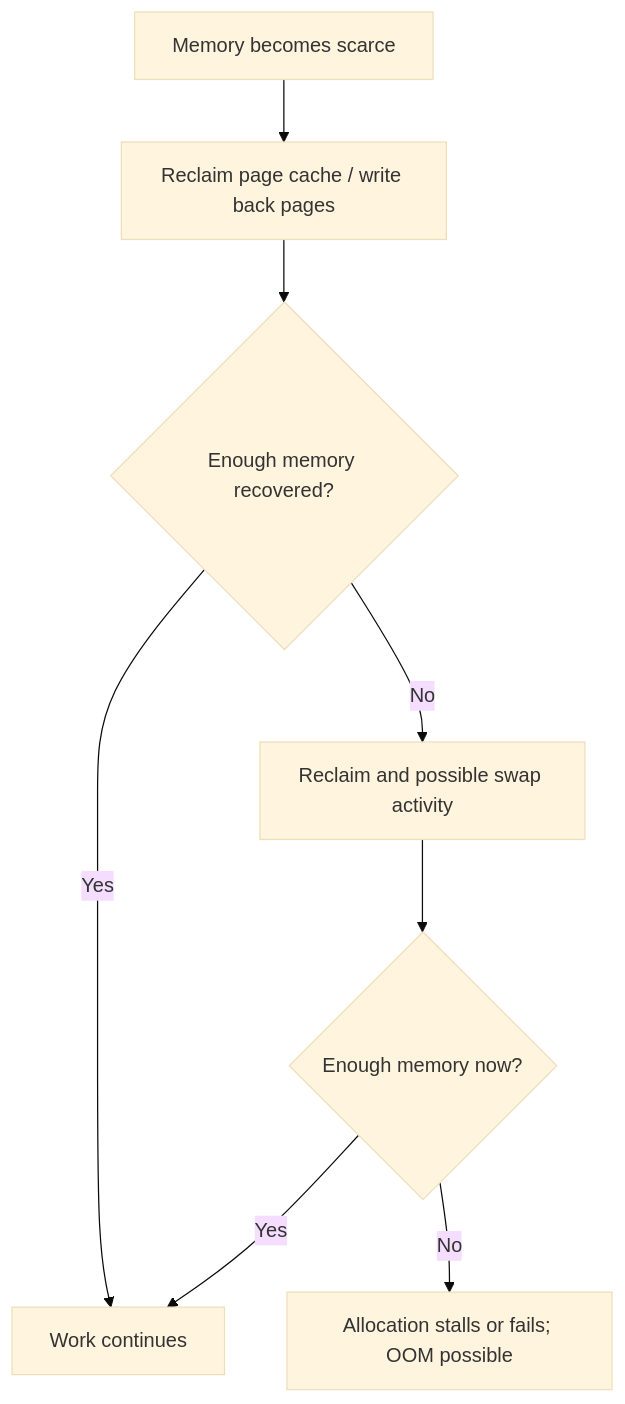
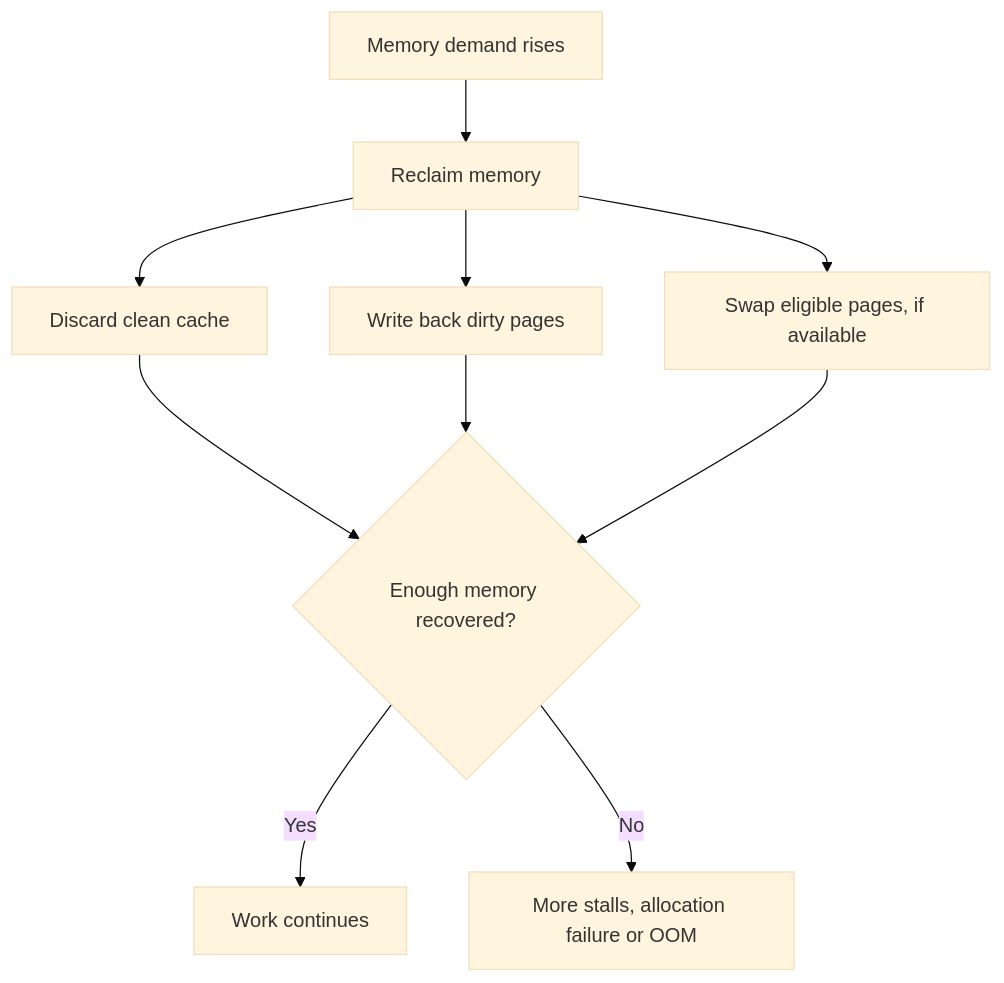
One commit to tiendu/tiendu.github.io changed the third of 9 diagrams in src/content/blog/2026-09-04-systems-troubleshooting-useful-stuff.md. Above: the diagram before and after it, drawn with Mermaid (base theme). The commit also changed other lines of this file, not shown here.

````diff
--- a/src/content/blog/2026-09-04-systems-troubleshooting-useful-stuff.md
+++ b/src/content/blog/2026-09-04-systems-troubleshooting-useful-stuff.md
@@ -223,12 +299,14 @@
 ```mermaid
 flowchart TD
-    accTitle: What Linux can do under memory pressure
-    accDescr: Memory pressure triggers reclamation, possible swap I/O and stalls, and sometimes an out-of-memory kill.
-    A["Memory becomes scarce"] --> B["Reclaim page cache / write back pages"]
-    B --> C{"Enough memory recovered?"}
-    C -->|Yes| D["Work continues"]
-    C -->|No| E["Reclaim and possible swap activity"]
-    E --> F{"Enough memory now?"}
-    F -->|Yes| D
-    F -->|No| G["Allocation stalls or fails; OOM possible"]
+    accTitle: Possible effects of memory pressure
+    accDescr: Memory demand may trigger reclaim, writeback, swap activity, allocation stalls, or an OOM condition.
+    A["Memory demand rises"] --> B["Reclaim memory"]
+    B --> C["Discard clean cache"]
+    B --> D["Write back dirty pages"]
+    B --> E["Swap eligible pages, if available"]
+    C --> F{"Enough memory recovered?"}
+    D --> F
+    E --> F
+    F -->|Yes| G["Work continues"]
+    F -->|No| H["More stalls, allocation failure or OOM"]
 ```
````
